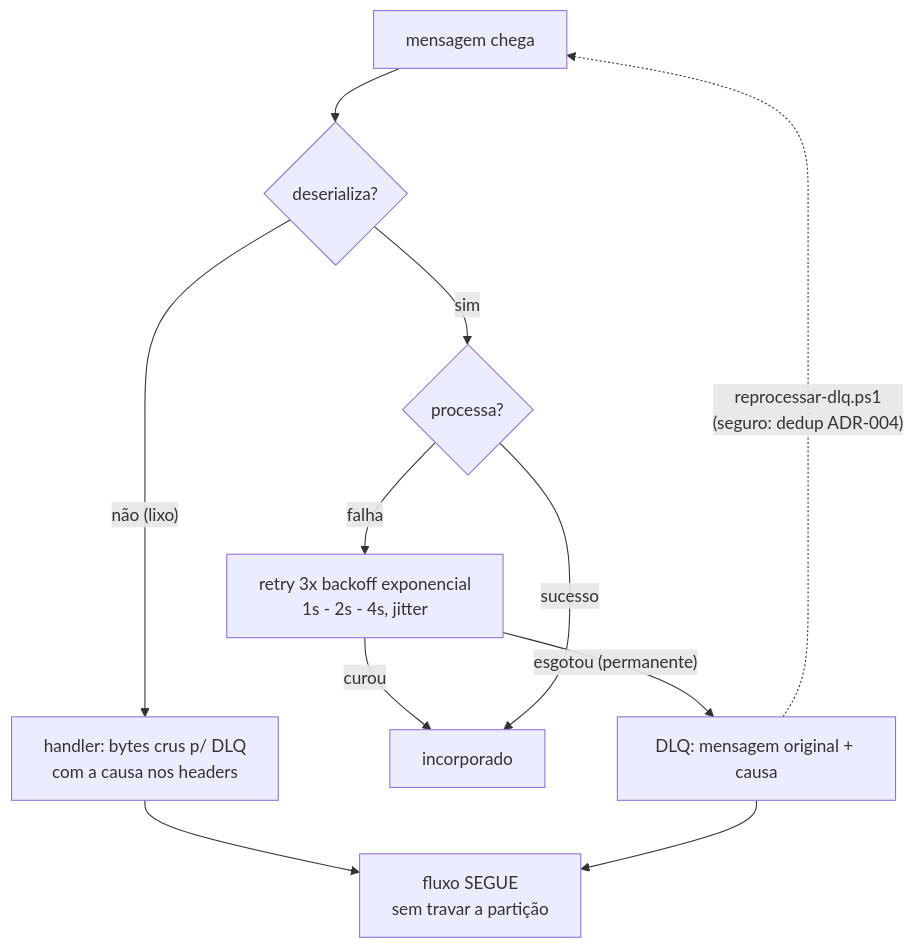
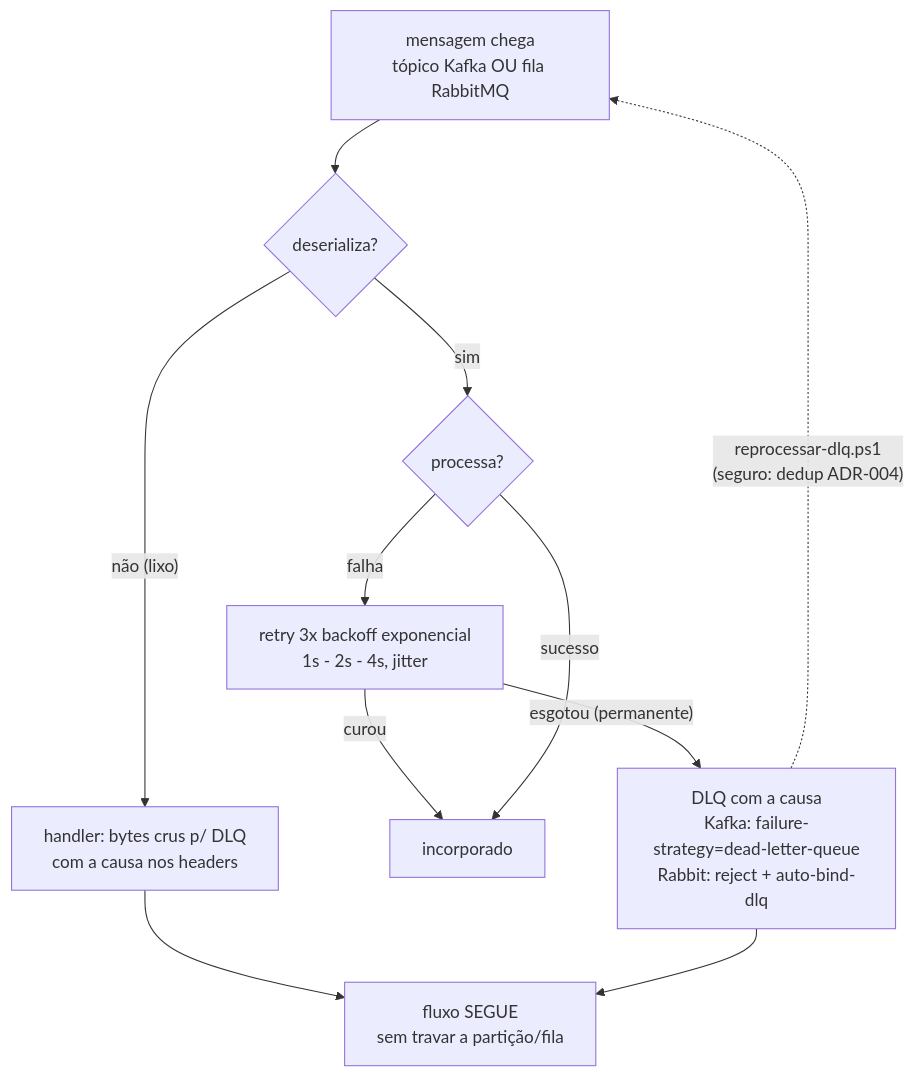
The fourth of 5 diagrams in docs/resumo-visual.md (leofaria-code/consolidador-extrato), drawn with Mermaid before and after one commit. The commit also changed other lines of this file and 2 other files, not shown here.

First line of the commit message:
docs: diagramas Mermaid — mapa de mecanismos + legibilidade + transporte explicito

````diff
--- a/docs/resumo-visual.md
+++ b/docs/resumo-visual.md
@@ -77,11 +113,11 @@
 ```mermaid
 flowchart TD
-    M[mensagem chega] --> D{deserializa?}
-    D -- "não (lixo)" --> H[handler: bytes crus p/ DLQ<br/>com a causa nos headers] --> S[fluxo SEGUE<br/>sem travar a partição]
+    M[mensagem chega<br/>tópico Kafka OU fila RabbitMQ] --> D{deserializa?}
+    D -- "não (lixo)" --> H[handler: bytes crus p/ DLQ<br/>com a causa nos headers] --> S[fluxo SEGUE<br/>sem travar a partição/fila]
     D -- sim --> P{processa?}
     P -- falha --> R[retry 3x backoff exponencial<br/>1s - 2s - 4s, jitter]
     R -- curou --> OK[incorporado]
-    R -- "esgotou (permanente)" --> DLQ[DLQ: mensagem original + causa] --> S
+    R -- "esgotou (permanente)" --> DLQ["DLQ com a causa<br/>Kafka: failure-strategy=dead-letter-queue<br/>Rabbit: reject + auto-bind-dlq"] --> S
     P -- sucesso --> OK
     DLQ -. "reprocessar-dlq.ps1<br/>(seguro: dedup ADR-004)" .-> M
 ```
````
